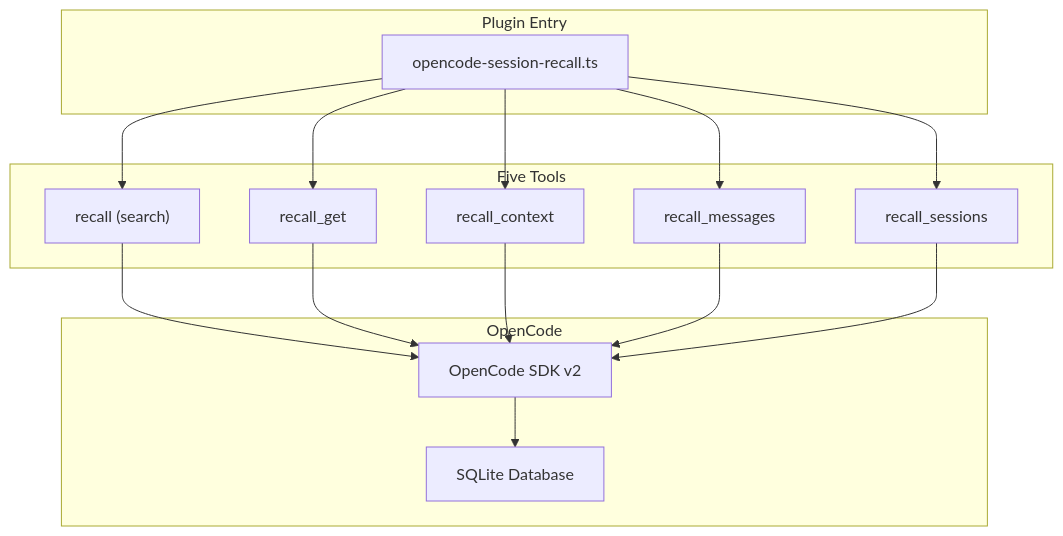
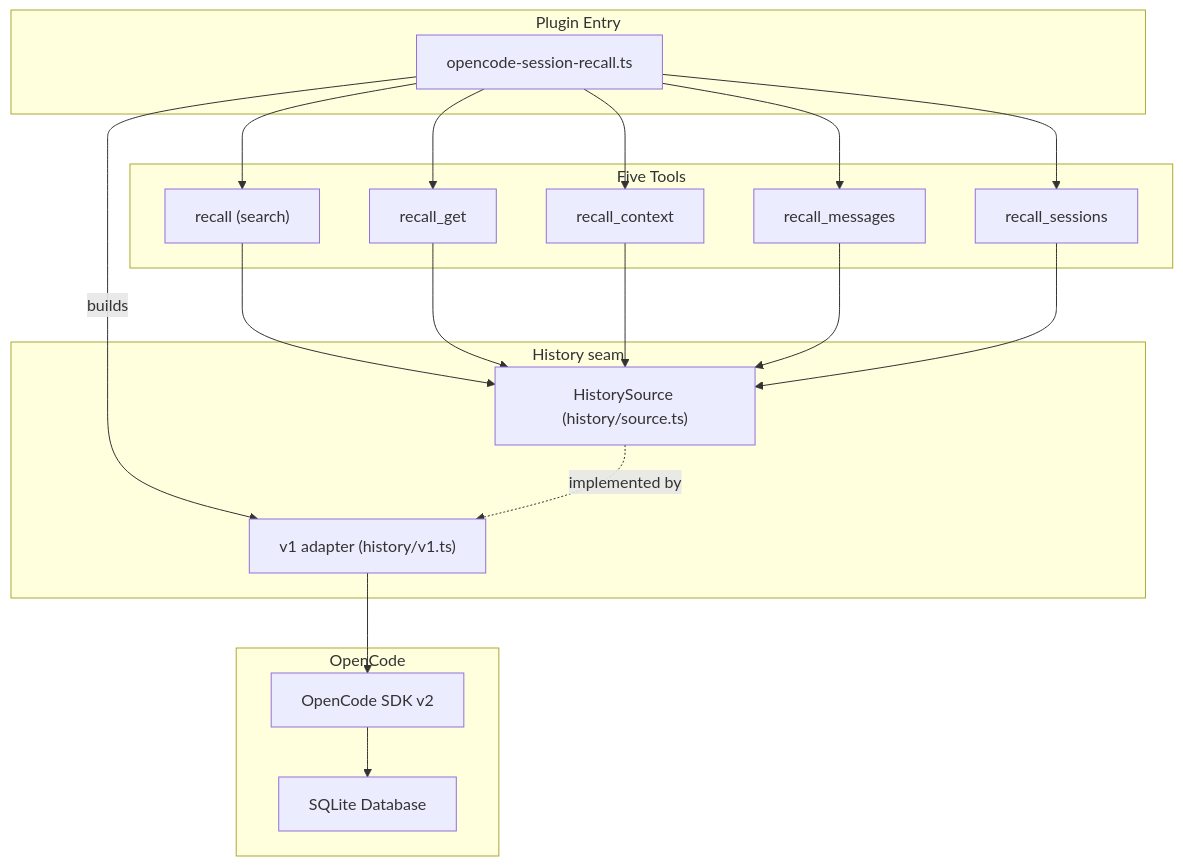
One commit to rmk40/opencode-session-recall changed the first of 5 diagrams in CONTRIBUTING.md. Above: the diagram before and after it, drawn with Mermaid. The commit also changed other lines of this file and 2 other files, not shown here.

Commit message:
docs: describe the HistorySource seam and its import boundaries
- AGENTS.md: name HistorySource.messagePage as the single paging entry
  point, with fetchMessagePage in src/history/v1.ts as the v1
  primitive; note the lint rule that blocks committing a literal
  node: import used for debugging
- CONTRIBUTING.md: route the overview diagram and prose through the
  HistorySource seam instead of "all data access goes through the
  SDK"; add history/, host/, log.ts, options.ts and tool-def.ts to
  the module map; update the new-tool steps
- CHANGELOG.md: state plainly that v1 log output is unchanged

````diff
--- a/CONTRIBUTING.md
+++ b/CONTRIBUTING.md
@@ -34,33 +34,41 @@
 ```mermaid
 flowchart TB
     subgraph "Plugin Entry"
         Entry["opencode-session-recall.ts"]
     end
 
     subgraph "Five Tools"
         Recall["recall (search)"]
         Get["recall_get"]
         Context["recall_context"]
         Messages["recall_messages"]
         Sessions["recall_sessions"]
     end
 
+    subgraph "History seam"
+        Source["HistorySource (history/source.ts)"]
+        V1["v1 adapter (history/v1.ts)"]
+    end
+
     subgraph "OpenCode"
         SDK["OpenCode SDK v2"]
         DB["SQLite Database"]
     end
 
     Entry --> Recall
     Entry --> Get
     Entry --> Context
     Entry --> Messages
     Entry --> Sessions
+    Entry -->|builds| V1
 
-    Recall --> SDK
-    Get --> SDK
-    Context --> SDK
-    Messages --> SDK
-    Sessions --> SDK
+    Recall --> Source
+    Get --> Source
+    Context --> Source
+    Messages --> Source
+    Sessions --> Source
 
+    Source -.->|implemented by| V1
+    V1 --> SDK
     SDK --> DB
 ```
````
